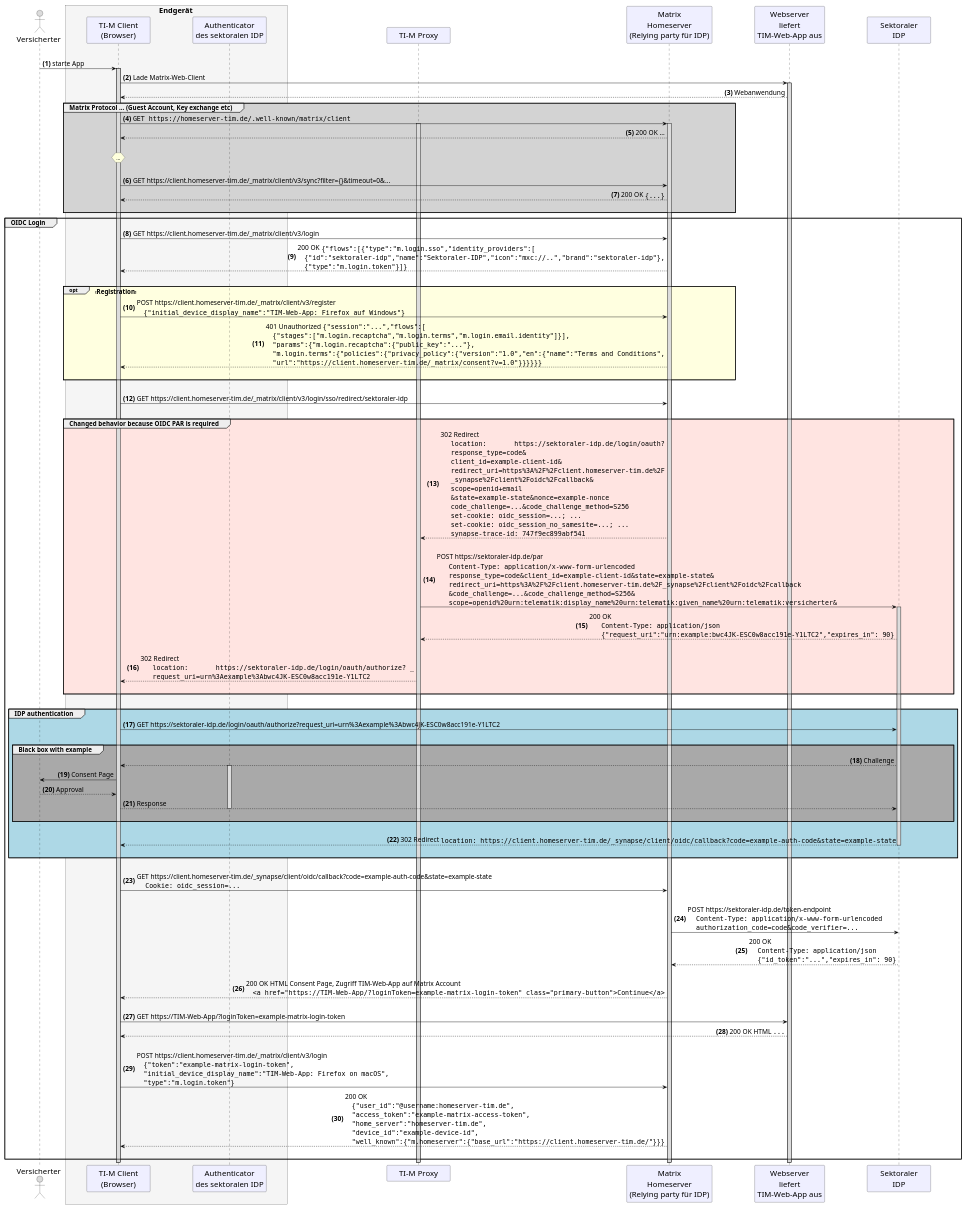
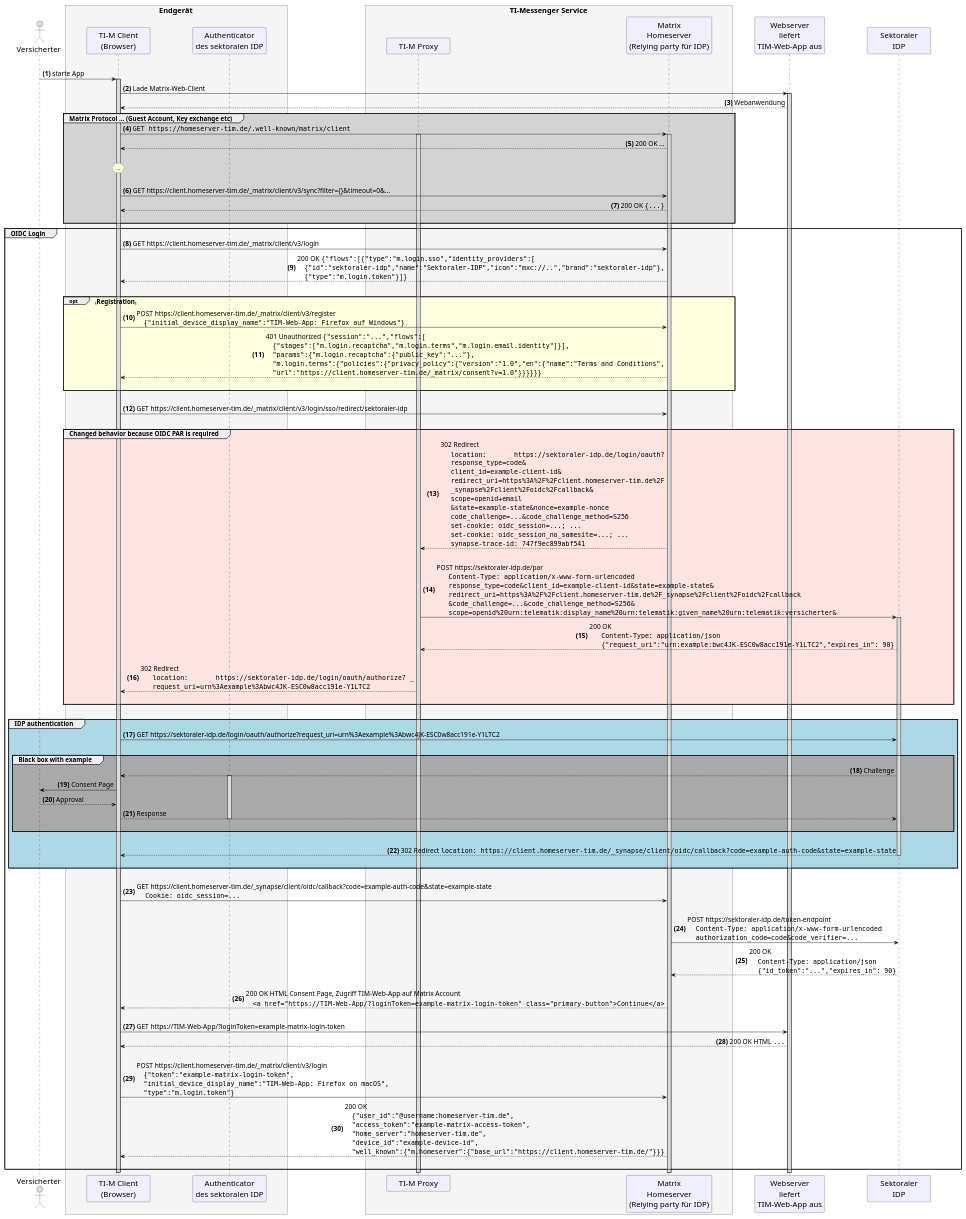
One commit to gematik/api-ti-messenger changed the diagram in src/plantuml/TI-Messenger-Dienst/Ressourcen/TI-Messenger_OIDC_login.puml. Above: the diagram before and after it, drawn with PlantUML.

```diff
--- a/src/plantuml/TI-Messenger-Dienst/Ressourcen/TI-Messenger_OIDC_login.puml
+++ b/src/plantuml/TI-Messenger-Dienst/Ressourcen/TI-Messenger_OIDC_login.puml
@@ -1,157 +1,159 @@
 @startuml "TI-Messenger_OIDC_Login"
 skinparam sequenceMessageAlign direction
 skinparam WrapWidth 300
 skinparam minClassWidth 150
 skinparam BoxPadding 1
 skinparam ParticipantPadding 50
 skinparam sequenceReferenceHeaderBackgroundColor palegreen
 scale max 2048 width
 
 skinparam sequence {
 ArrowColor black
 ArrowFontSize 17
 ActorBorderColor black
 LifeLineBorderColor black
 LifeLineBackgroundColor Gainsboro
 
 ParticipantBorderColor Motivation
 ParticipantBackgroundColor Motivation
 ParticipantFontSize 20
 ParticipantFontColor black
 ParticipantBorderColor Black
 ParticipantBackgroundColor MOTIVATION
 
 ActorBackgroundColor Gainsboro
 ActorFontColor black
 ActorFontSize 20
 }
 
 autonumber "<b>(0)"
 
 actor us as "Versicherter"
-  box <size:19>Endgerät</size> #WhiteSmoke
+box <size:19>Endgerät</size> #WhiteSmoke
   participant app as "TI-M Client\n(Browser)"
   participant au as "Authenticator\ndes sektoralen IDP"
-  end box
-participant pr as "TI-M Proxy"
-participant hs as "Matrix\nHomeserver\n(Relying party für IDP)"
+end box
+box <size:19>TI-Messenger Service</size> #WhiteSmoke
+  participant pr as "TI-M Proxy"
+  participant hs as "Matrix\nHomeserver\n(Relying party für IDP)"
+end box
 participant mc as "Webserver\nliefert\nTIM-Web-App aus"
 participant idp as "Sektoraler\nIDP"
 
 |||
 
 us -> app: starte App
 
 activate app
   app -> mc: Lade Matrix-Web-Client
   activate mc
   mc --> app: Webanwendung
   group #LightGray <size:16>Matrix Protocol ... (Guest Account, Key exchange etc)</size>
     app -> hs:""GET https://homeserver-tim.de/.well-known/matrix/client""
     activate hs
     activate pr
     hs --> app: 200 OK ...
     |||
     hnote over app : ...
     |||
     app -> hs: GET https://client.homeserver-tim.de/_matrix/client/v3/sync?filter={}&timeout=0&...
     hs --> app: 200 OK ""{...}""
     |||
   end 'group
   group <size:16>OIDC Login</size>
     app -> hs: GET https://client.homeserver-tim.de/_matrix/client/v3/login
     hs --> app: 200 OK ""{"flows":[{"type":"m.login.sso","identity_providers":[""\n\
     ""{"id":"sektoraler-idp","name":"Sektoraler-IDP","icon":"mxc://..","brand":"sektoraler-idp"},""\n\
     ""{"type":"m.login.token"}]}""
     |||
     opt #LightYellow <size:16>Registration</size>
     app -> hs: POST https://client.homeserver-tim.de/_matrix/client/v3/register\n\
     ""{"initial_device_display_name":"TIM-Web-App: Firefox auf Windows"}""
     hs --> app: 401 Unauthorized ""{"session":"...","flows":[""\n\
     ""{"stages":["m.login.recaptcha","m.login.terms","m.login.email.identity"]}],""\n\
     """params":{"m.login.recaptcha":{"public_key":"..."},""\n\
     """m.login.terms":{"policies":{"privacy_policy":{"version":"1.0","en":{"name":"Terms and Conditions",""\n\
     """url":"https://client.homeserver-tim.de/_matrix/consent?v=1.0"}}}}}}""
     |||
     end 'opt
     |||
     app -> hs: GET https://client.homeserver-tim.de/_matrix/client/v3/login/sso/redirect/sektoraler-idp
     |||
     group #MistyRose <size:16>Changed behavior because OIDC PAR is required</size>
       hs --> pr: 302 Redirect\n\
       ""location:	https://sektoraler-idp.de/login/oauth?""\n\
       ""response_type=code&""\n\
       ""client_id=example-client-id&""\n\
       ""redirect_uri=https%3A%2F%2Fclient.homeserver-tim.de%2F""\n\
       ""_synapse%2Fclient%2Foidc%2Fcallback&""\n\
       ""scope=openid+email""\n\
       ""&state=example-state&nonce=example-nonce""\n\
       ""code_challenge=...&code_challenge_method=S256""\n\
       ""set-cookie: oidc_session=...; ...""\n\
       ""set-cookie: oidc_session_no_samesite=...; ...""\n\
       ""synapse-trace-id: 747f9ec899abf541""
       |||
       pr -> idp: POST https://sektoraler-idp.de/par\n\
        ""Content-Type: application/x-www-form-urlencoded""\n\
        ""response_type=code&client_id=example-client-id&state=example-state&""\n\
        ""redirect_uri=https%3A%2F%2Fclient.homeserver-tim.de%2F_synapse%2Fclient%2Foidc%2Fcallback""\n\
        ""&code_challenge=...&code_challenge_method=S256&""\n\
        ""scope=openid%20urn:telematik:display_name%20urn:telematik:given_name%20urn:telematik:versicherter&""
       activate idp
       idp --> pr: 200 OK\n\
        ""Content-Type: application/json""\n\
        ""{"request_uri":"urn:example:bwc4JK-ESC0w8acc191e-Y1LTC2","expires_in": 90}""
       |||
       pr --> app: 302 Redirect\n\
        ""location:	https://sektoraler-idp.de/login/oauth/authorize? _""\n\
        ""request_uri=urn%3Aexample%3Abwc4JK-ESC0w8acc191e-Y1LTC2""
       |||
     end 'group
     |||
     group #LightBlue <size:16>IDP authentication</size>
       app -> idp: GET	https://sektoraler-idp.de/login/oauth/authorize?request_uri=urn%3Aexample%3Abwc4JK-ESC0w8acc191e-Y1LTC2
       |||
       group #DarkGray <size:16>Black box with example</size>
         idp --> app: Challenge
         activate au
         app -> us: Consent Page
         us --> app: Approval
         app --> idp: Response
       deactivate au
       |||
       end 'group
       |||
       idp --> app: 302 Redirect ""location: https://client.homeserver-tim.de/_synapse/client/oidc/callback?code=example-auth-code&state=example-state""
       deactivate idp
       |||
     end 'group
     |||
     app -> hs: GET https://client.homeserver-tim.de/_synapse/client/oidc/callback?code=example-auth-code&state=example-state\n\
      ""Cookie: oidc_session=...""
     |||
     hs -> idp: POST https://sektoraler-idp.de/token-endpoint\n\
      ""Content-Type: application/x-www-form-urlencoded""\n\
      ""authorization_code=code&code_verifier=...""
     idp --> hs: 200 OK\n\
      ""Content-Type: application/json""\n\
      ""{"id_token":"...","expires_in": 90}""
     |||
     hs --> app: 200 OK HTML Consent Page, Zugriff TIM-Web-App auf Matrix Account\n\
     ""<a href="https://TIM-Web-App/?loginToken=example-matrix-login-token" class="primary-button">Continue</a>""
     |||
     app -> mc: GET https://TIM-Web-App/?loginToken=example-matrix-login-token
     mc --> app: 200 OK HTML ""...""
     |||
     app -> hs: POST https://client.homeserver-tim.de/_matrix/client/v3/login\n\
     ""{"token":"example-matrix-login-token",""\n\
     """initial_device_display_name":"TIM-Web-App: Firefox on macOS",""\n\
     """type":"m.login.token"}""
     hs --> app: 200 OK\n\
     ""{"user_id":"@username:homeserver-tim.de",""\n\
     """access_token":"example-matrix-access-token",""\n\
     """home_server":"homeserver-tim.de",""\n\
     """device_id":"example-device-id",""\n\
     """well_known":{"m.homeserver":{"base_url":"https://client.homeserver-tim.de/"}}}""
     |||
   end 'group
 @enduml
```
